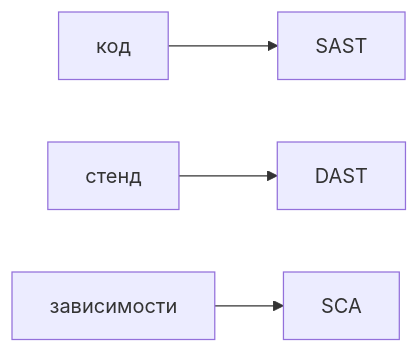
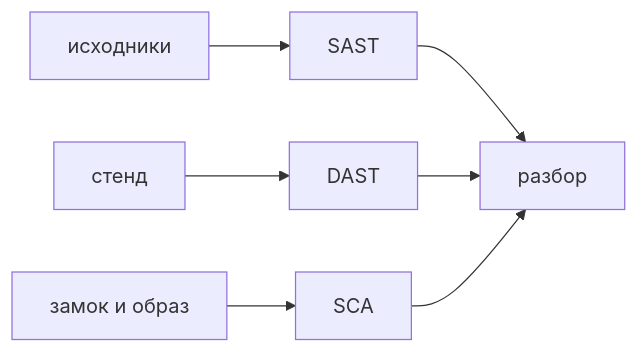
The diagram in nine-to-eighteen/ui/src/data/learn/security/sec05-sast-dast-sca.md (AlexanderNY/cursor_test), drawn with Mermaid before and after one commit. The commit also changed other lines of this file and 40 other files, not shown here.

````diff
--- a/nine-to-eighteen/ui/src/data/learn/security/sec05-sast-dast-sca.md
+++ b/nine-to-eighteen/ui/src/data/learn/security/sec05-sast-dast-sca.md
@@ -54,6 +102,9 @@
 ```mermaid
 flowchart LR
-  Code[код] --> SAST
-  Run[стенд] --> DAST
-  Lock[зависимости] --> SCA
+  Code[исходники] --> SAST[SAST]
+  Stand[стенд] --> DAST[DAST]
+  Lock[замок и образ] --> SCA[SCA]
+  SAST --> Tri[разбор]
+  DAST --> Tri
+  SCA --> Tri
 ```
````
